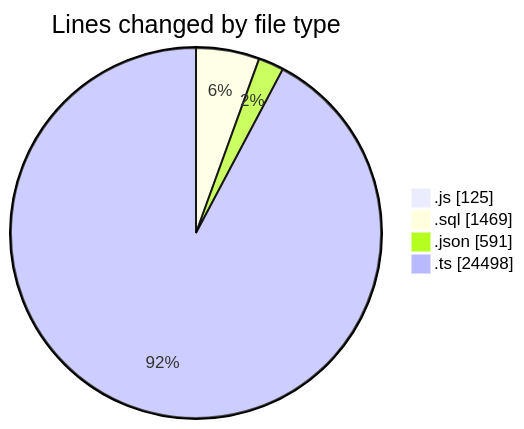
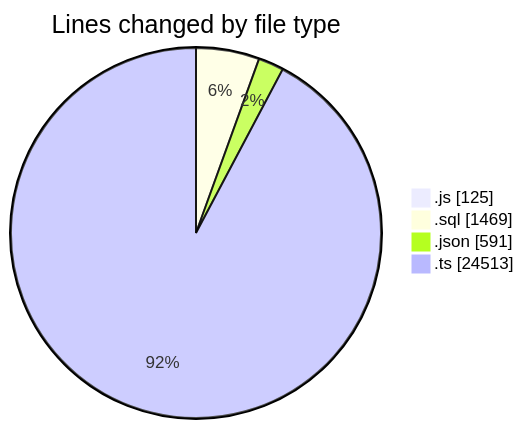
Before and after one commit to momahboobian/code-tracking: the first of 2 diagrams in 2026-05-20/cda/README.md, drawn with Mermaid. The commit also changed other lines of this file and 1 other file, not shown here.

````diff
--- a/2026-05-20/cda/README.md
+++ b/2026-05-20/cda/README.md
@@ -37,8 +37,8 @@
 ```mermaid
 pie showData
 title Lines changed by file type
 ".js" : 125
 ".sql" : 1469
 ".json" : 591
-".ts" : 24498
+".ts" : 24513
 ```
````
